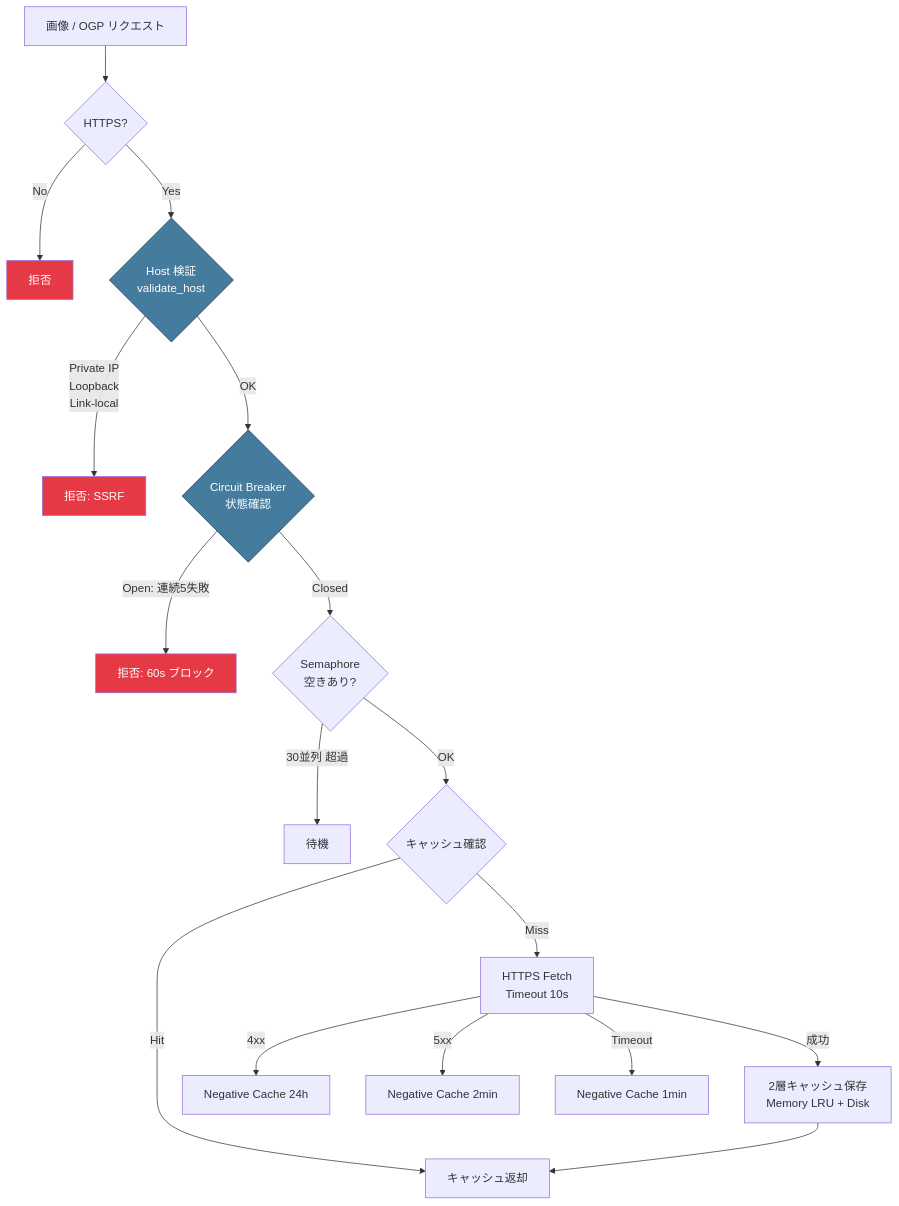
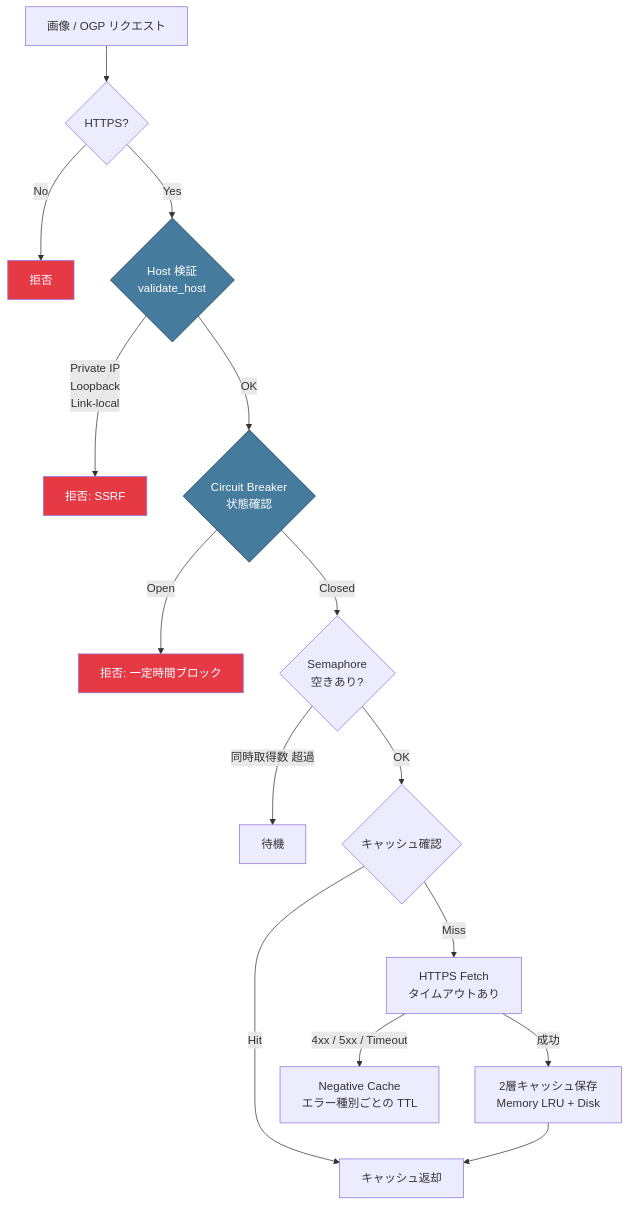
Before and after one commit to notedeck-dev/notedeck: the fourth of 6 diagrams in SECURITY.md, drawn with Mermaid. The commit also changed other lines of this file and 5 other files, not shown here.

````diff
--- a/SECURITY.md
+++ b/SECURITY.md
@@ -306,27 +301,25 @@
 ```mermaid
 flowchart TB
     REQ["画像 / OGP リクエスト"]
 
     REQ --> PROTO{"HTTPS?"}
     PROTO -->|No| REJECT1[拒否]
     PROTO -->|Yes| HOST{"Host 検証<br/>validate_host"}
     HOST -->|"Private IP<br/>Loopback<br/>Link-local"| REJECT2[拒否: SSRF]
     HOST -->|OK| CB{"Circuit Breaker<br/>状態確認"}
-    CB -->|Open: 連続5失敗| REJECT3["拒否: 60s ブロック"]
+    CB -->|Open| REJECT3["拒否: 一定時間ブロック"]
     CB -->|Closed| SEM{"Semaphore<br/>空きあり?"}
-    SEM -->|"30並列 超過"| QUEUE[待機]
+    SEM -->|"同時取得数 超過"| QUEUE[待機]
     SEM -->|OK| CACHE{"キャッシュ確認"}
     CACHE -->|Hit| RETURN["キャッシュ返却"]
-    CACHE -->|Miss| FETCH["HTTPS Fetch<br/>Timeout 10s"]
+    CACHE -->|Miss| FETCH["HTTPS Fetch<br/>タイムアウトあり"]
     FETCH -->|成功| STORE["2層キャッシュ保存<br/>Memory LRU + Disk"]
-    FETCH -->|"4xx"| NEG4["Negative Cache 24h"]
-    FETCH -->|"5xx"| NEG5["Negative Cache 2min"]
-    FETCH -->|Timeout| NEGT["Negative Cache 1min"]
+    FETCH -->|"4xx / 5xx / Timeout"| NEG["Negative Cache<br/>エラー種別ごとの TTL"]
     STORE --> RETURN
 
     style REJECT1 fill:#e63946,color:#fff
     style REJECT2 fill:#e63946,color:#fff
     style REJECT3 fill:#e63946,color:#fff
     style CB fill:#457b9d,stroke:#1d3557,color:#fff
     style HOST fill:#457b9d,stroke:#1d3557,color:#fff
 ```
````
